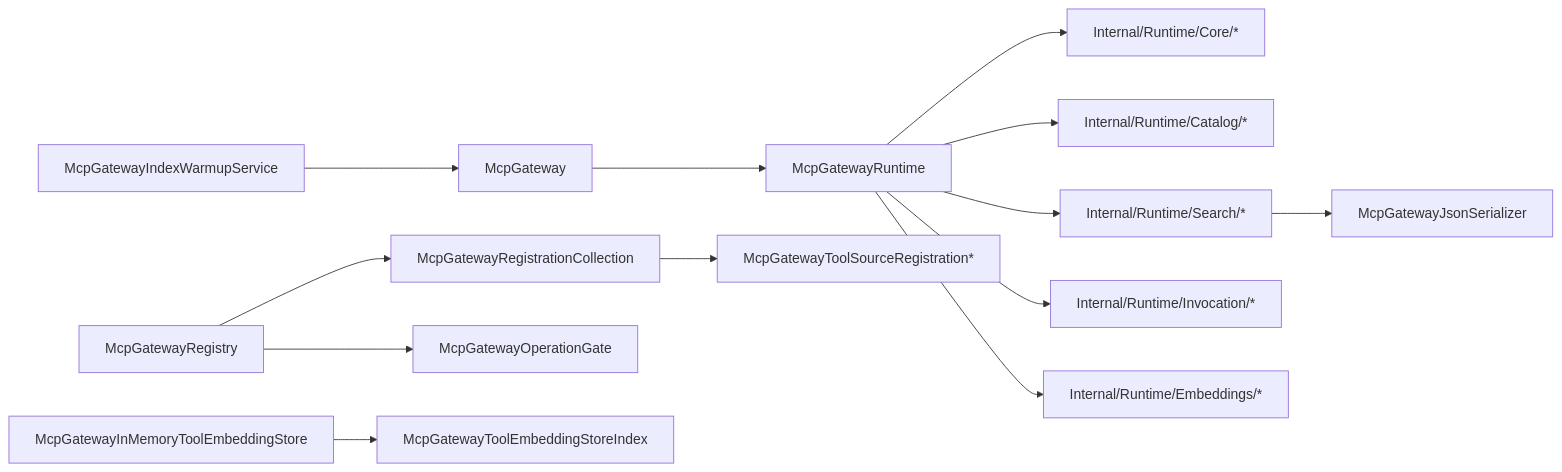
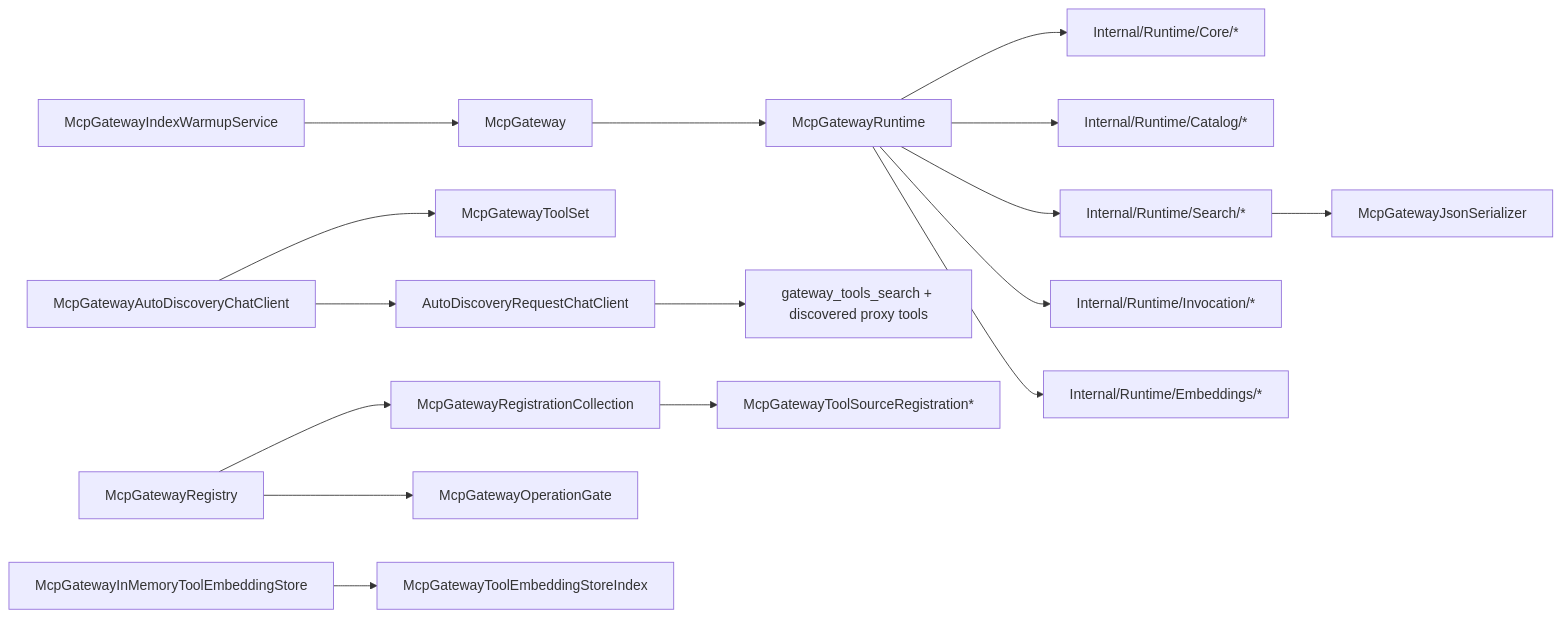
One commit to pokshiu/MCPGateway changed the third of 3 diagrams in docs/Architecture/Overview.md. Above: the diagram before and after it, drawn with Mermaid. The commit also changed other lines of this file and 17 other files, not shown here.

Commit message:
Add MCP gateway auto-discovery integrations

````diff
--- a/docs/Architecture/Overview.md
+++ b/docs/Architecture/Overview.md
@@ -71,15 +81,18 @@
 ```mermaid
 flowchart LR
     McpGateway["McpGateway"] --> McpGatewayRuntime["McpGatewayRuntime"]
+    AutoDiscovery["McpGatewayAutoDiscoveryChatClient"] --> ToolSet["McpGatewayToolSet"]
+    AutoDiscovery --> RequestWrapper["AutoDiscoveryRequestChatClient"]
+    RequestWrapper --> RuntimeTools["gateway_tools_search + discovered proxy tools"]
     McpGatewayRuntime --> RuntimeCore["Internal/Runtime/Core/*"]
     McpGatewayRuntime --> RuntimeCatalog["Internal/Runtime/Catalog/*"]
     McpGatewayRuntime --> RuntimeSearch["Internal/Runtime/Search/*"]
     McpGatewayRuntime --> RuntimeInvocation["Internal/Runtime/Invocation/*"]
     McpGatewayRuntime --> RuntimeEmbeddings["Internal/Runtime/Embeddings/*"]
     Registry["McpGatewayRegistry"] --> RegistrationCollection["McpGatewayRegistrationCollection"]
     Registry --> OperationGate["McpGatewayOperationGate"]
     RegistrationCollection --> SourceRegistrations["McpGatewayToolSourceRegistration*"]
     RuntimeSearch --> Json["McpGatewayJsonSerializer"]
     Warmup["McpGatewayIndexWarmupService"] --> McpGateway
     InMemoryStore["McpGatewayInMemoryToolEmbeddingStore"] --> StoreIndex["McpGatewayToolEmbeddingStoreIndex"]
 ```
````
